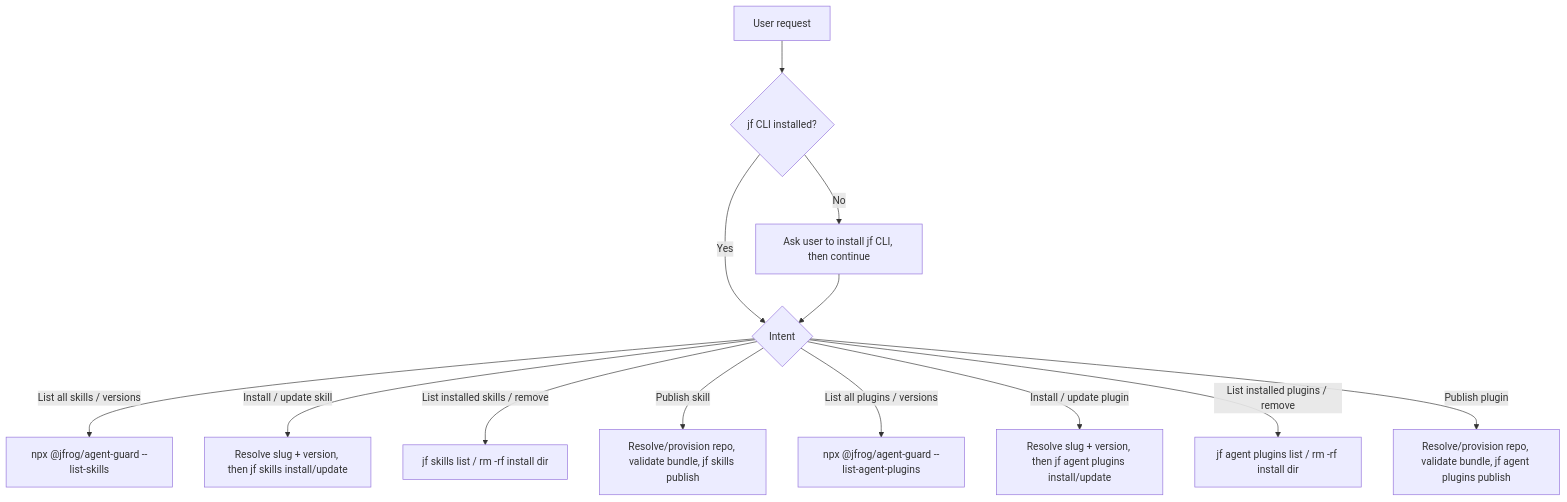
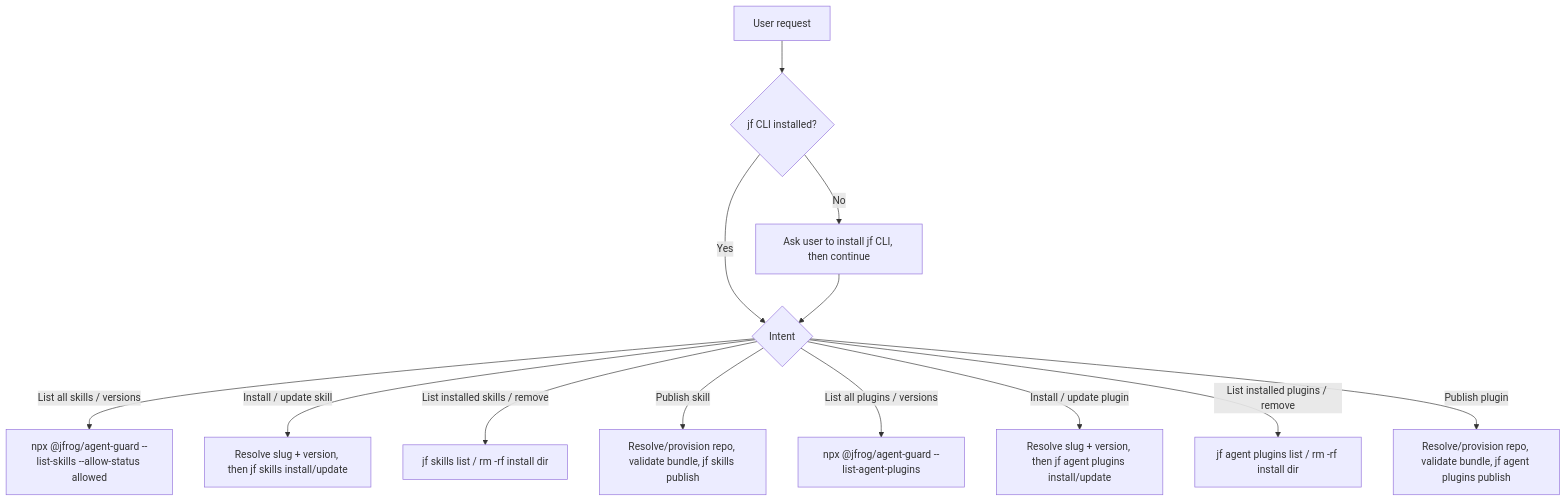
The diagram in skills/jfrog-ai-catalog/SKILL.md (jfrog/claude-plugin), drawn with Mermaid before and after one commit. The commit also changed other lines of this file and 2 other files, not shown here.

First line of the commit message:
MLAI-1309: document allowed-skills filter and repo-disambiguation TODO

````diff
--- a/skills/jfrog-ai-catalog/SKILL.md
+++ b/skills/jfrog-ai-catalog/SKILL.md
@@ -94,15 +94,15 @@
 ```mermaid
 flowchart TD
     A[User request] --> B{jf CLI installed?}
     B -->|No| C[Ask user to install jf CLI, then continue]
     B -->|Yes| D{Intent}
     C --> D
-    D -->|List all skills / versions| E[npx @jfrog/agent-guard --list-skills]
+    D -->|List all skills / versions| E[npx @jfrog/agent-guard --list-skills --allow-status allowed]
     D -->|Install / update skill| F[Resolve slug + version, then jf skills install/update]
     D -->|List installed skills / remove| G[jf skills list / rm -rf install dir]
     D -->|Publish skill| H[Resolve/provision repo, validate bundle, jf skills publish]
     D -->|List all plugins / versions| I[npx @jfrog/agent-guard --list-agent-plugins]
     D -->|Install / update plugin| J[Resolve slug + version, then jf agent plugins install/update]
     D -->|List installed plugins / remove| K[jf agent plugins list / rm -rf install dir]
     D -->|Publish plugin| L[Resolve/provision repo, validate bundle, jf agent plugins publish]
 ```
````
